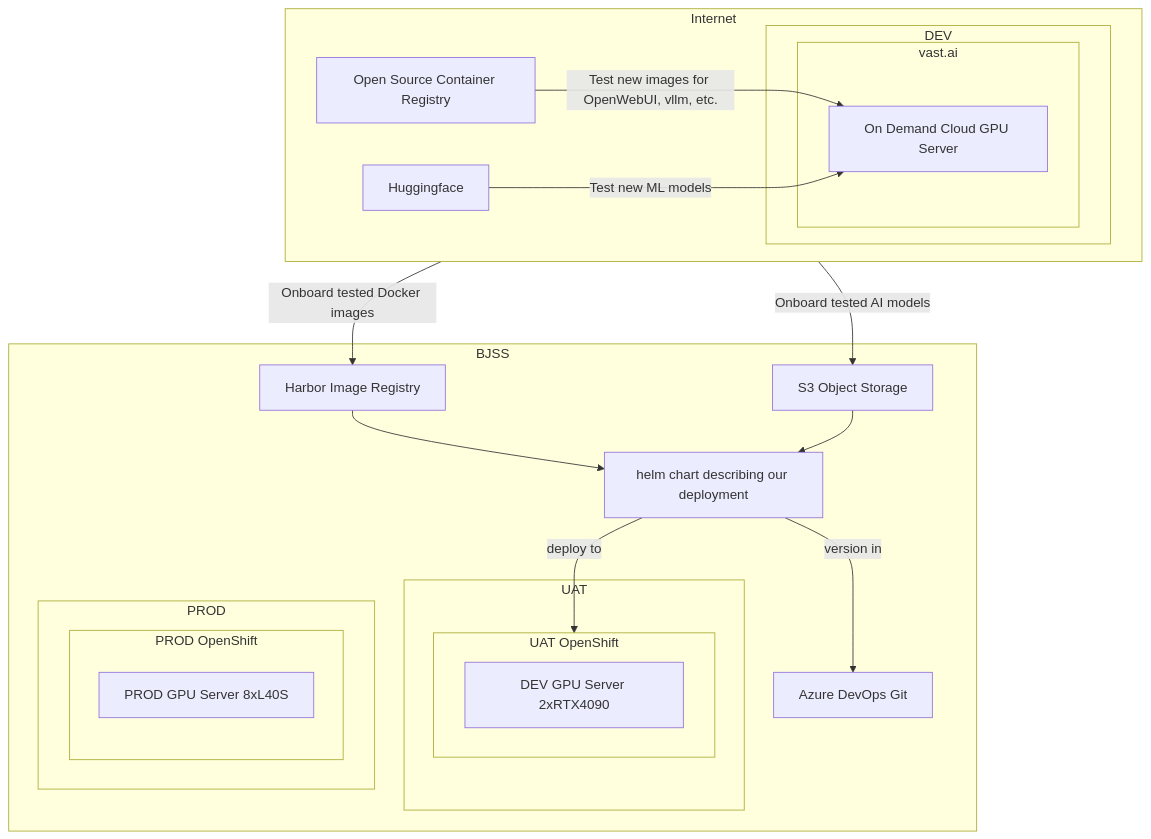
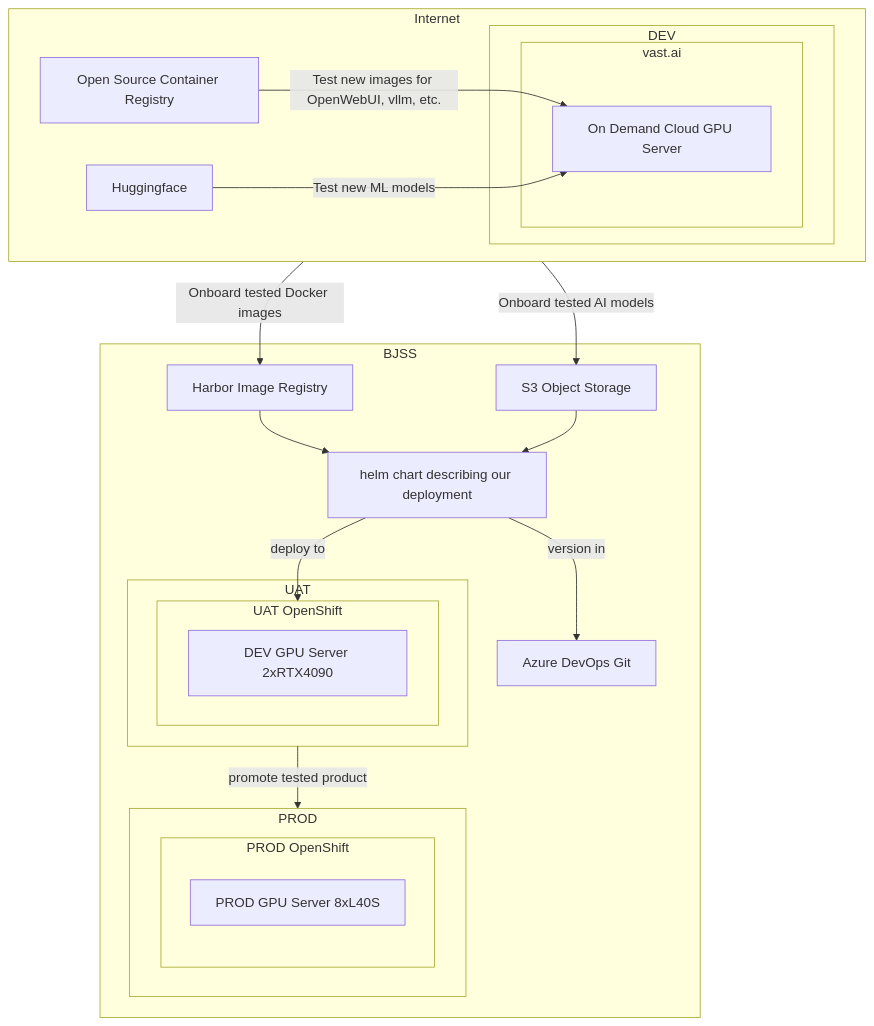
Before and after one commit to tim-roethig/ai-platform: the second of 2 diagrams in README.md, drawn with Mermaid.

````diff
--- a/README.md
+++ b/README.md
@@ -63,59 +63,60 @@
 ```mermaid
 graph TD
     A[Open Source Container Registry]
     HF[Huggingface]
     B[On Demand Cloud GPU Server]
     HELM[helm chart describing our deployment]
     C[Harbor Image Registry]
     D[Azure DevOps Git]
     S3[S3 Object Storage]
     E[DEV GPU Server 2xRTX4090]
     F[PROD GPU Server 8xL40S]
 
     subgraph VAST_AI[vast.ai]
         B
     end
     subgraph UAT_OC[UAT OpenShift]
         E
     end
     subgraph PROD_OC[PROD OpenShift]
         F
     end
 
     subgraph DEV[DEV]
         VAST_AI
     end
     subgraph UAT[UAT]
         UAT_OC
     end
     subgraph PROD[PROD]
         PROD_OC
     end
 
     subgraph BJSS[BJSS]
         C
         D
         S3
         HELM
         UAT
         PROD
     end
 
     subgraph Internet[Internet]
         A
         HF
         DEV
     end
 
     A -- Test new images for OpenWebUI, vllm, etc. --> B
     HF -- Test new ML models --> B
 
     Internet -- Onboard tested Docker images --> C
     Internet -- Onboard tested AI models --> S3
 
     HELM -- version in --> D
     C --> HELM
     S3 --> HELM
 
     HELM -- deploy to --> UAT_OC
+    UAT -- promote tested product --> PROD
 ```
````
